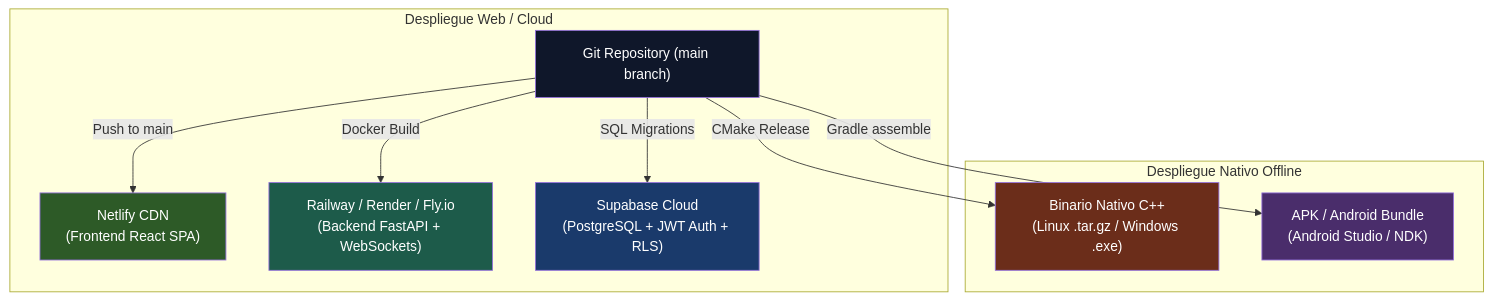
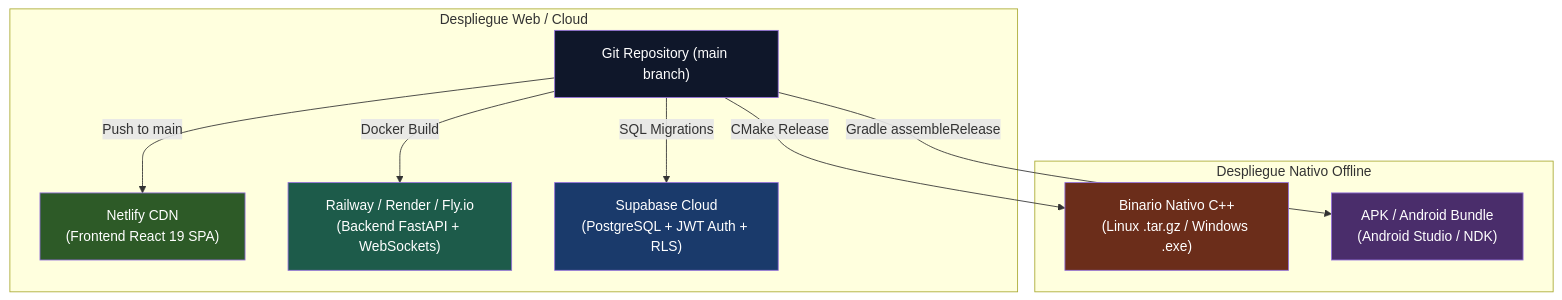
One commit to Salf423/expresat changed the diagram in Obsidian_exp/Deploys.md. Above: the diagram before and after it, drawn with Mermaid. The commit also changed other lines of this file and 152 other files, not shown here.

````diff
--- a/Obsidian_exp/Deploys.md
+++ b/Obsidian_exp/Deploys.md
@@ -30,22 +30,22 @@
 ```mermaid
 graph TD
     Source["Git Repository (main branch)"]
 
     subgraph Web_Cloud ["Despliegue Web / Cloud"]
-        Source -->|"Push to main"| Netlify["Netlify CDN\n(Frontend React SPA)"]
+        Source -->|"Push to main"| Netlify["Netlify CDN\n(Frontend React 19 SPA)"]
         Source -->|"Docker Build"| PaaS["Railway / Render / Fly.io\n(Backend FastAPI + WebSockets)"]
         Source -->|"SQL Migrations"| Supabase["Supabase Cloud\n(PostgreSQL + JWT Auth + RLS)"]
     end
 
     subgraph Native_Desktop_Mobile ["Despliegue Nativo Offline"]
         Source -->|"CMake Release"| Desktop["Binario Nativo C++\n(Linux .tar.gz / Windows .exe)"]
-        Source -->|"Gradle assemble"| Android["APK / Android Bundle\n(Android Studio / NDK)"]
+        Source -->|"Gradle assembleRelease"| Android["APK / Android Bundle\n(Android Studio / NDK)"]
     end
 
     style Source fill:#0f172a,color:#fff
     style Netlify fill:#2d5a27,color:#fff
     style PaaS fill:#1d5b4a,color:#fff
     style Supabase fill:#1a3a6b,color:#fff
     style Desktop fill:#6b2d1a,color:#fff
     style Android fill:#4a2d6b,color:#fff
 ```
````
